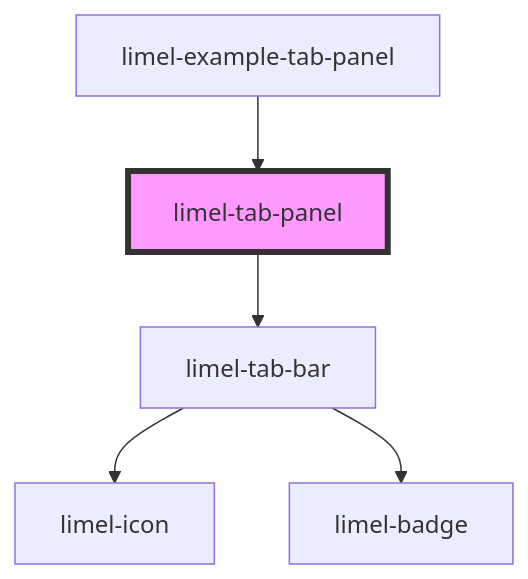
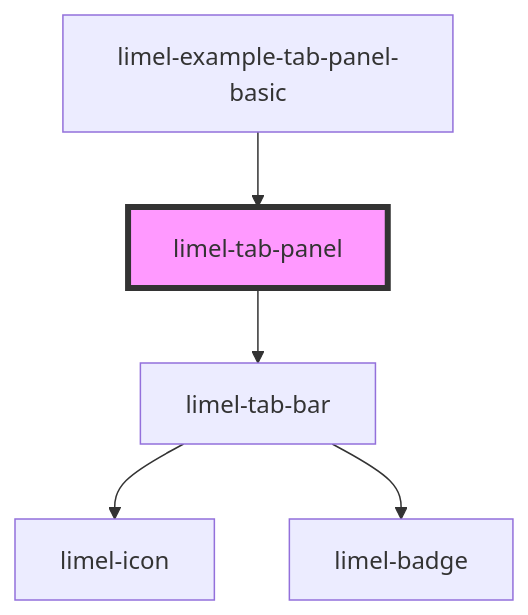
Before and after one commit to Lundalogik/lime-elements: the diagram in versions/PR-3981/markdown-docs/components/tab-panel/readme.md, drawn with Mermaid. The commit also changed other lines of this file and 211 other files, not shown here.

````diff
--- a/versions/PR-3981/markdown-docs/components/tab-panel/readme.md
+++ b/versions/PR-3981/markdown-docs/components/tab-panel/readme.md
@@ -53,8 +53,8 @@
 ```mermaid
 graph TD;
   limel-tab-panel --> limel-tab-bar
   limel-tab-bar --> limel-icon
   limel-tab-bar --> limel-badge
-  limel-example-tab-panel --> limel-tab-panel
+  limel-example-tab-panel-basic --> limel-tab-panel
   style limel-tab-panel fill:#f9f,stroke:#333,stroke-width:4px
 ```
````
